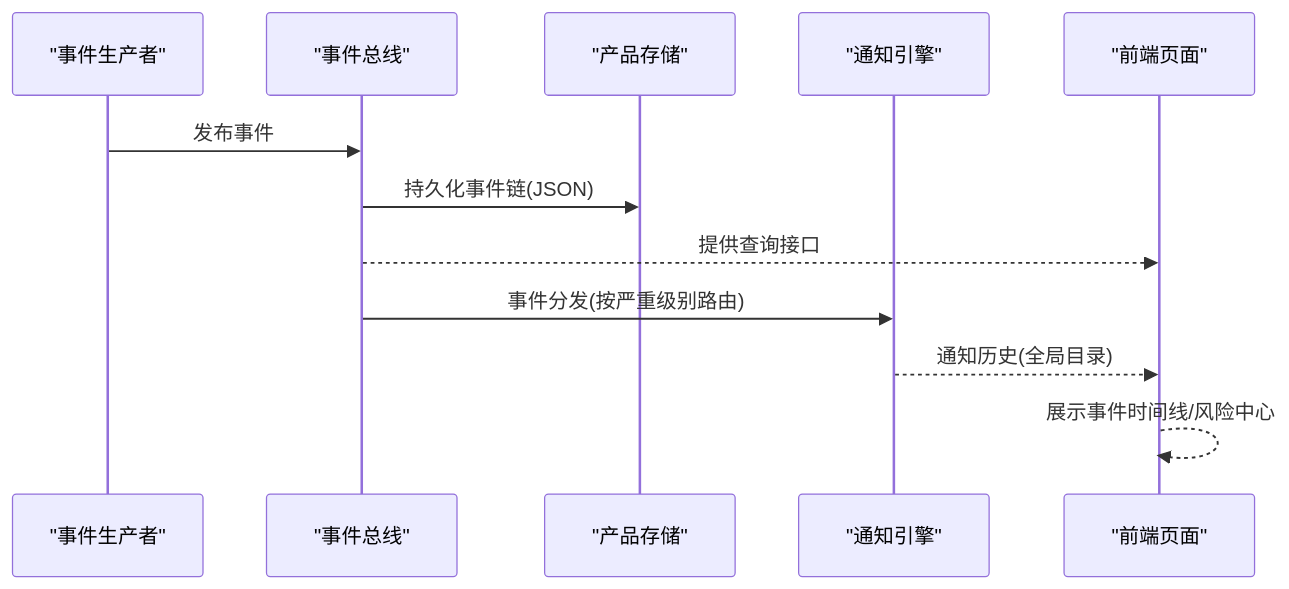
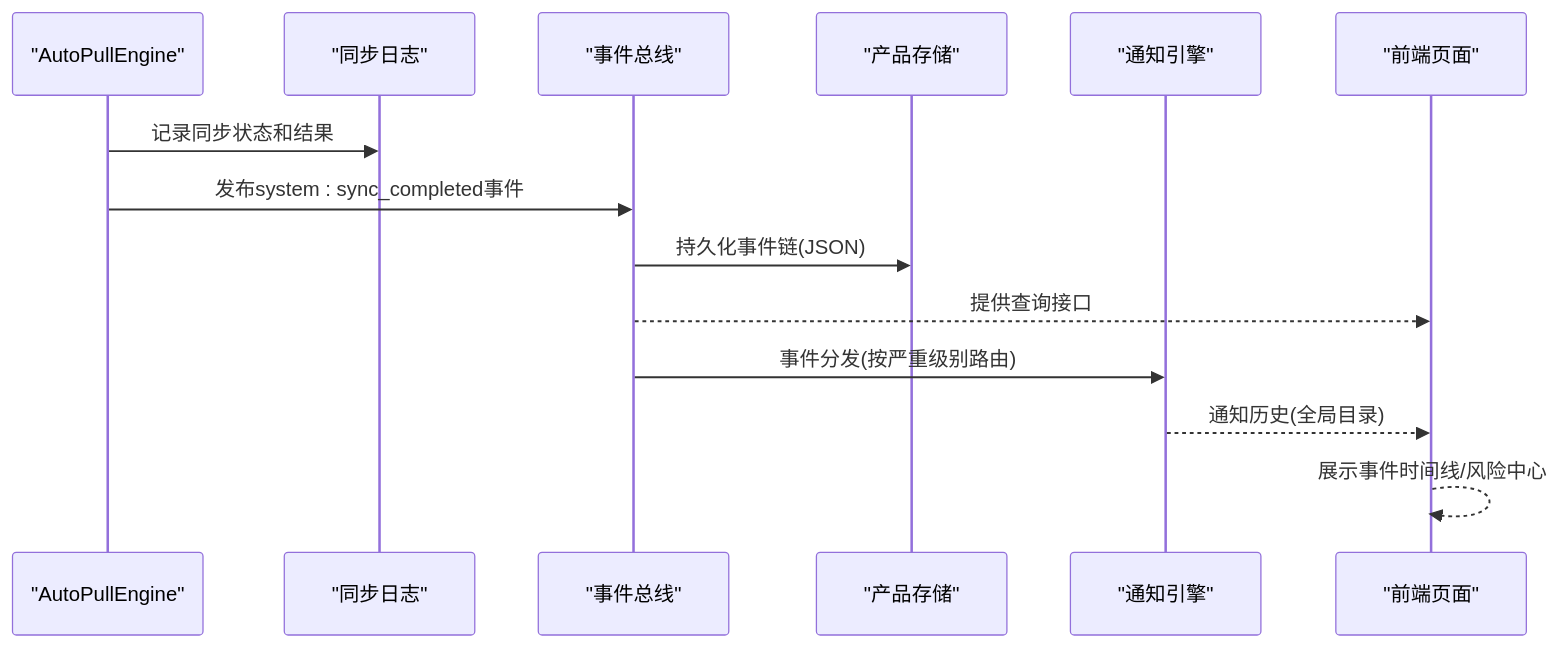
The second of 9 diagrams in .qoder/repowiki/zh/content/监控与运维/日志管理.md (angledick/-), drawn with Mermaid before and after one commit. The commit also changed other lines of this file and 9 other files, not shown here.

````diff
--- a/.qoder/repowiki/zh/content/监控与运维/日志管理.md
+++ b/.qoder/repowiki/zh/content/监控与运维/日志管理.md
@@ -96,14 +123,16 @@
 ```mermaid
 sequenceDiagram
-participant Producer as "事件生产者"
+participant Engine as "AutoPullEngine"
+participant Logger as "同步日志"
 participant Bus as "事件总线"
 participant Store as "产品存储"
 participant Noti as "通知引擎"
 participant UI as "前端页面"
-Producer->>Bus : 发布事件
+Engine->>Logger : 记录同步状态和结果
+Engine->>Bus : 发布system : sync_completed事件
 Bus->>Store : 持久化事件链(JSON)
 Bus-->>UI : 提供查询接口
 Bus->>Noti : 事件分发(按严重级别路由)
 Noti-->>UI : 通知历史(全局目录)
 UI-->>UI : 展示事件时间线/风险中心
 ```
````
